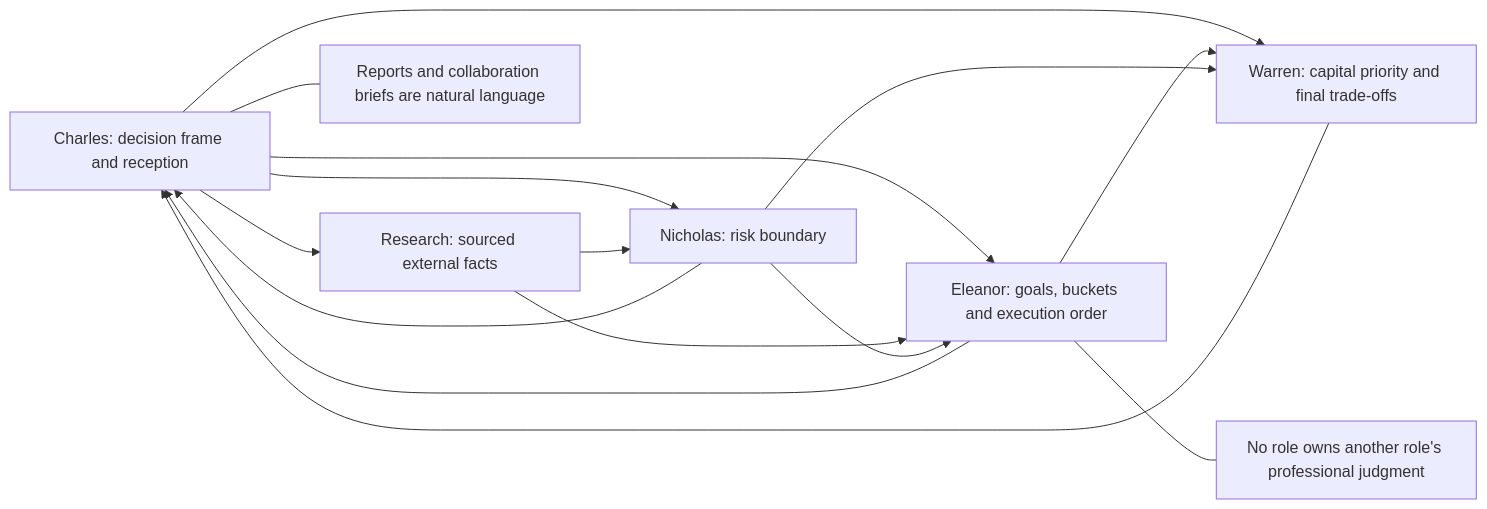
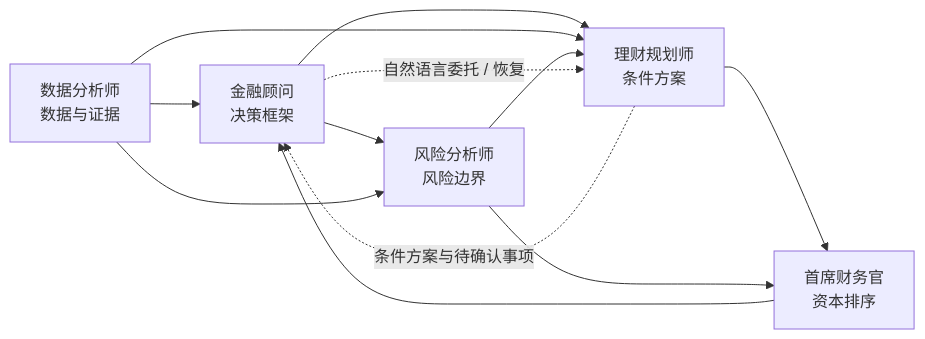
The diagram in diagrams/role_interaction.mmd (WXYNB66/-Autonomous-Domain-Agents), drawn with Mermaid before and after one commit. The commit also changed 13 other files, not shown here.

```diff
--- a/diagrams/role_interaction.mmd
+++ b/diagrams/role_interaction.mmd
@@ -1,18 +1,17 @@
 flowchart LR
-    C[Charles: decision frame and reception] --> E[Eleanor: goals, buckets and execution order]
-    C --> N[Nicholas: risk boundary]
-    C --> W[Warren: capital priority and final trade-offs]
-    C --> R[Research: sourced external facts]
-    R --> E
-    R --> N
-    N --> E
-    E --> W
-    N --> W
-    E --> C
-    N --> C
-    W --> C
-
-    note1[Reports and collaboration briefs are natural language]
-    note2[No role owns another role's professional judgment]
-    C --- note1
-    E --- note2
+    A[金融顾问
+决策框架] --> R[风险分析师
+风险边界]
+    A --> P[理财规划师
+条件方案]
+    D[数据分析师
+数据与证据] --> A
+    D --> R
+    D --> P
+    R --> P
+    P --> C[首席财务官
+资本排序]
+    R --> C
+    C --> A
+    A -. 自然语言委托 / 恢复 .-> P
+    P -. 条件方案与待确认事项 .-> A
```
